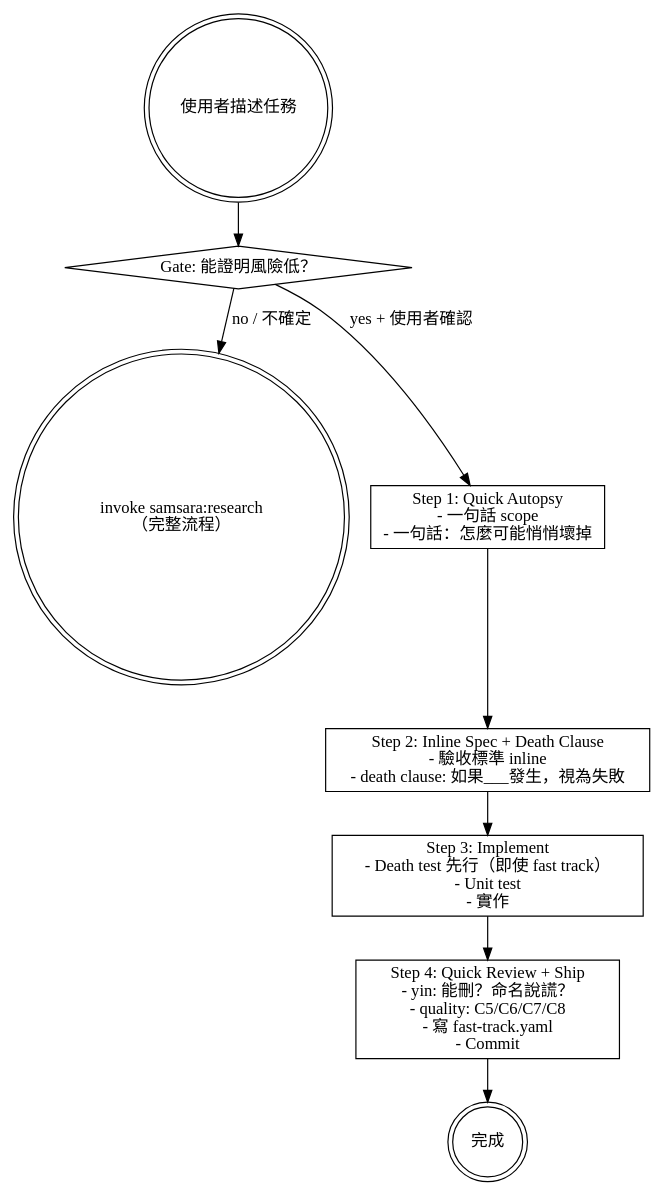
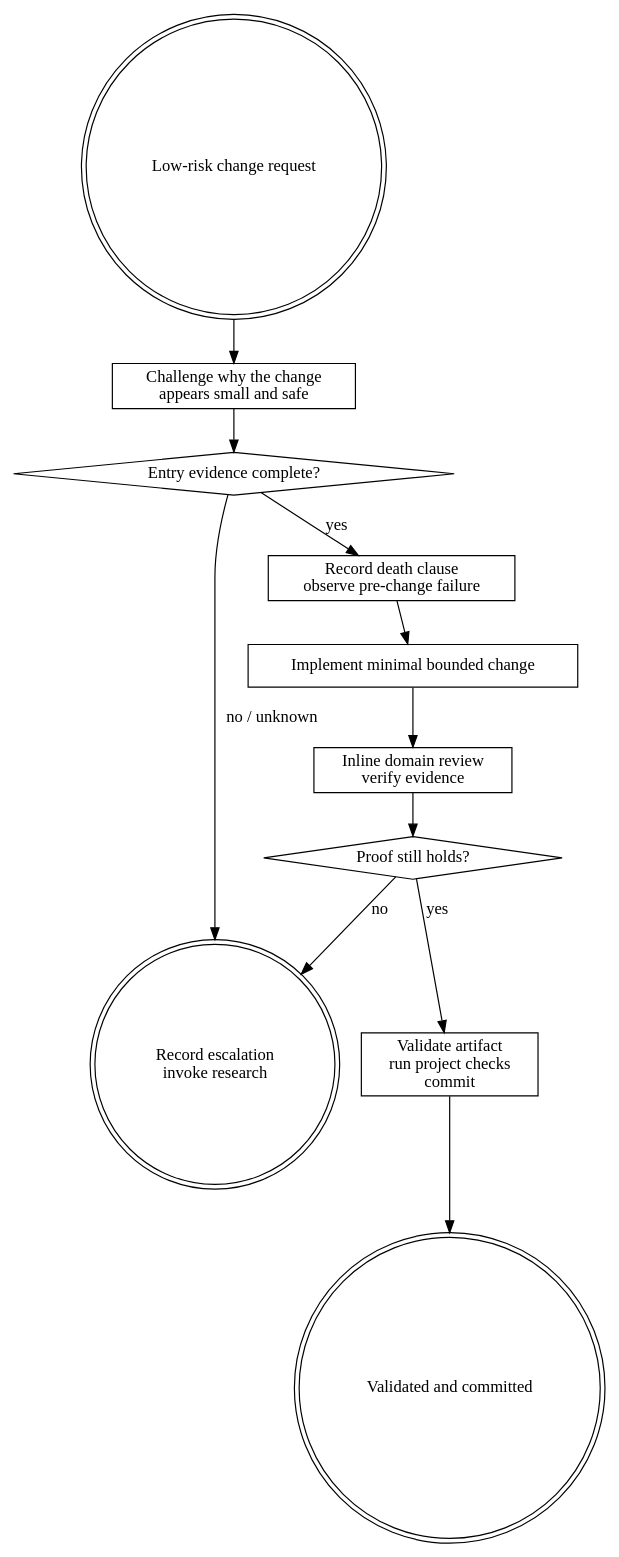
Before and after one commit to roymondliao/samsara: the diagram in skills/fast-track/SKILL.md, drawn with Graphviz. The commit also changed other lines of this file and 17 other files, not shown here.

````diff
--- a/skills/fast-track/SKILL.md
+++ b/skills/fast-track/SKILL.md
@@ -33,22 +47,23 @@
 ```dot
 digraph fast_track {
     node [shape=box];
+    start [label="Low-risk change request" shape=doublecircle];
+    yin [label="Challenge why the change\nappears small and safe"];
+    proven [label="Entry evidence complete?" shape=diamond];
+    research [label="Record escalation\ninvoke research" shape=doublecircle];
+    death [label="Record death clause\nobserve pre-change failure"];
+    implement [label="Implement minimal bounded change"];
+    review [label="Inline domain review\nverify evidence"];
+    clean [label="Proof still holds?" shape=diamond];
+    validate [label="Validate artifact\nrun project checks\ncommit"];
+    done [label="Validated and committed" shape=doublecircle];
 
-    start [label="使用者描述任務" shape=doublecircle];
-    gate [label="Gate: 能證明風險低？" shape=diamond];
-    full [label="invoke samsara:research\n（完整流程）" shape=doublecircle];
-    autopsy [label="Step 1: Quick Autopsy\n- 一句話 scope\n- 一句話：怎麼可能悄悄壞掉"];
-    spec [label="Step 2: Inline Spec + Death Clause\n- 驗收標準 inline\n- death clause: 如果___發生，視為失敗"];
-    impl [label="Step 3: Implement\n- Death test 先行（即使 fast track）\n- Unit test\n- 實作"];
-    review [label="Step 4: Quick Review + Ship\n- yin: 能刪？命名說謊？\n- quality: C5/C6/C7/C8\n- 寫 fast-track.yaml\n- Commit"];
-    done [label="完成" shape=doublecircle];
-
-    start -> gate;
-    gate -> full [label="no / 不確定"];
-    gate -> autopsy [label="yes + 使用者確認"];
-    autopsy -> spec;
-    spec -> impl;
-    impl -> review;
-    review -> done;
+    start -> yin -> proven;
+    proven -> research [label="no / unknown"];
+    proven -> death [label="yes"];
+    death -> implement -> review -> clean;
+    clean -> research [label="no"];
+    clean -> validate [label="yes"];
+    validate -> done;
 }
 ```
````
